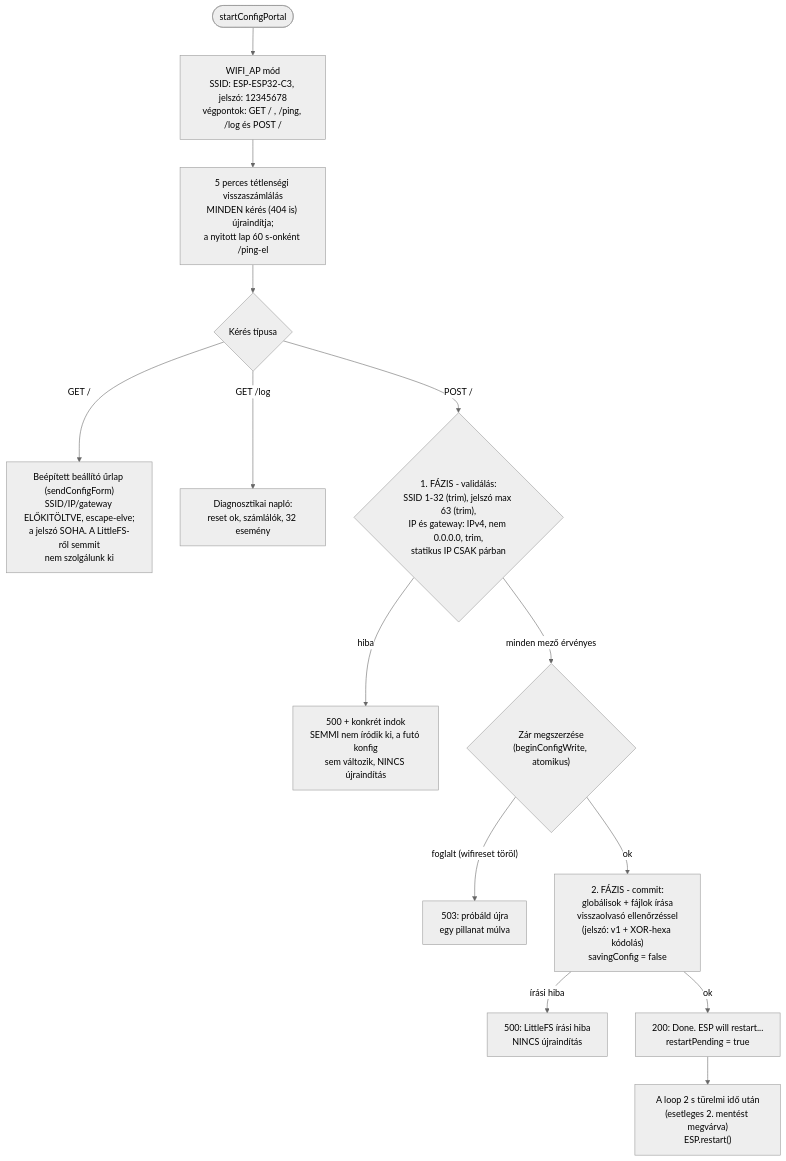
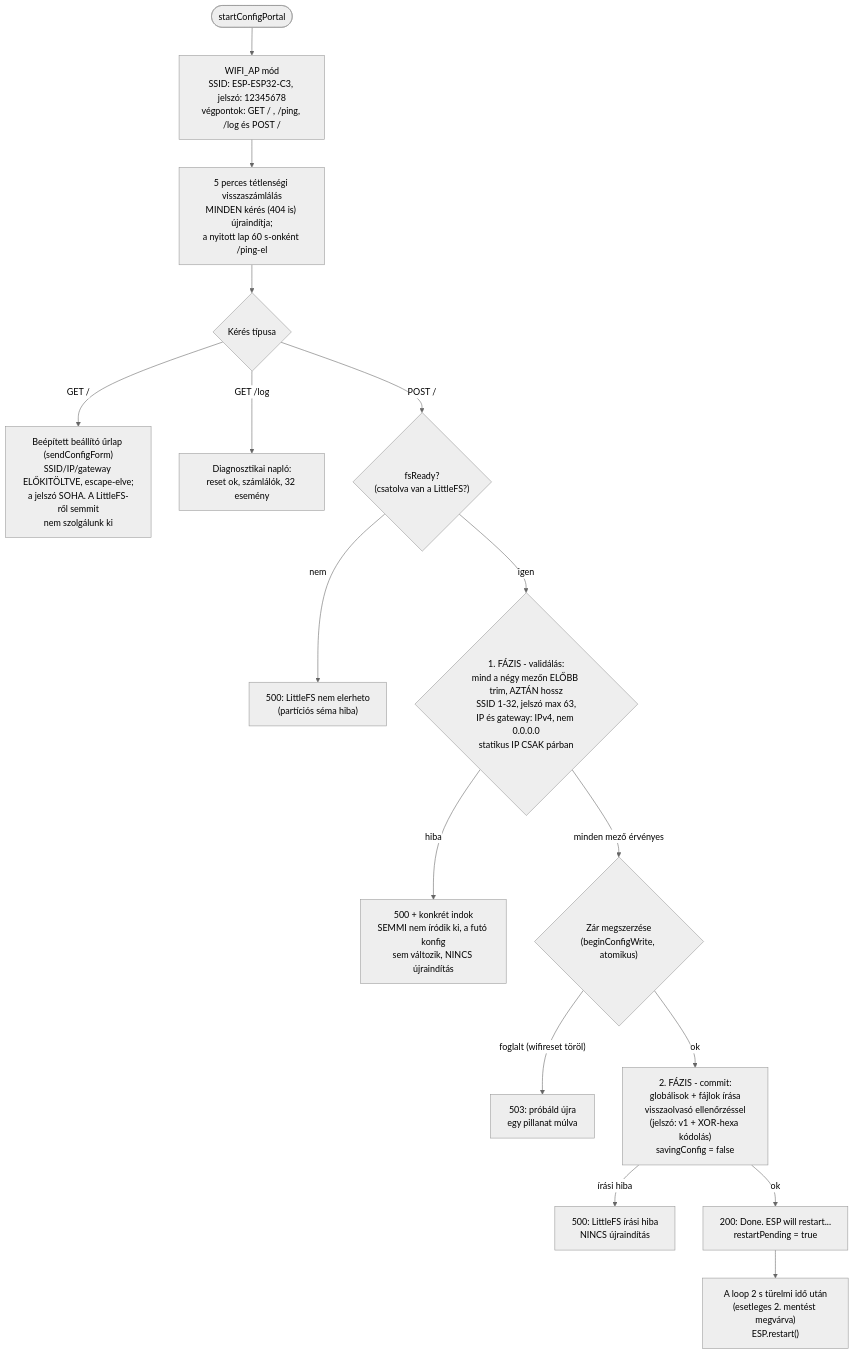
Before and after one commit to manszabi/bazsi-router-reboot: the seventh of 9 diagrams in FOLYAMATABRA.md, drawn with Mermaid (neutral theme). The commit also changed other lines of this file, not shown here.

````diff
--- a/FOLYAMATABRA.md
+++ b/FOLYAMATABRA.md
@@ -217,16 +227,18 @@
 ```mermaid
 flowchart TD
     IN([startConfigPortal]) --> AP["WIFI_AP mód<br>SSID: ESP-ESP32-C3, jelszó: 12345678<br>végpontok: GET / , /ping, /log és POST /"]
     AP --> IDLE["5 perces tétlenségi visszaszámlálás<br>MINDEN kérés (404 is) újraindítja;<br>a nyitott lap 60 s-onként /ping-el"]
     IDLE --> REQ{Kérés típusa}
     REQ -->|"GET /"| FORM["Beépített beállító űrlap (sendConfigForm)<br>SSID/IP/gateway ELŐKITÖLTVE, escape-elve;<br>a jelszó SOHA. A LittleFS-ről semmit<br>nem szolgálunk ki"]
     REQ -->|"GET /log"| LOG["Diagnosztikai napló:<br>reset ok, számlálók, 32 esemény"]
-    REQ -->|"POST /"| VAL{"1. FÁZIS - validálás:<br>SSID 1-32 (trim), jelszó max 63 (trim),<br>IP és gateway: IPv4, nem 0.0.0.0, trim,<br>statikus IP CSAK párban"}
+    REQ -->|"POST /"| FSOK{"fsReady?<br>(csatolva van a LittleFS?)"}
+    FSOK -->|nem| E500F["500: LittleFS nem elerheto<br>(partíciós séma hiba)"]
+    FSOK -->|igen| VAL{"1. FÁZIS - validálás:<br>mind a négy mezőn ELŐBB trim, AZTÁN hossz<br>SSID 1-32, jelszó max 63,<br>IP és gateway: IPv4, nem 0.0.0.0<br>statikus IP CSAK párban"}
     VAL -->|hiba| E500["500 + konkrét indok<br>SEMMI nem íródik ki, a futó konfig<br>sem változik, NINCS újraindítás"]
     VAL -->|"minden mező érvényes"| LOCK{"Zár megszerzése<br>(beginConfigWrite, atomikus)"}
     LOCK -->|"foglalt (wifireset töröl)"| E503["503: próbáld újra<br>egy pillanat múlva"]
     LOCK -->|ok| SAVE["2. FÁZIS - commit:<br>globálisok + fájlok írása<br>visszaolvasó ellenőrzéssel<br>(jelszó: v1 + XOR-hexa kódolás)<br>savingConfig = false"]
     SAVE -->|"írási hiba"| E500W["500: LittleFS írási hiba<br>NINCS újraindítás"]
     SAVE -->|ok| R200["200: Done. ESP will restart...<br>restartPending = true"]
     R200 --> DEF["A loop 2 s türelmi idő után<br>(esetleges 2. mentést megvárva)<br>ESP.restart()"]
 ```
````
